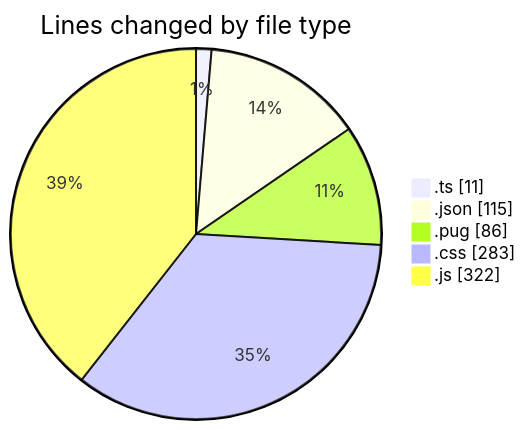
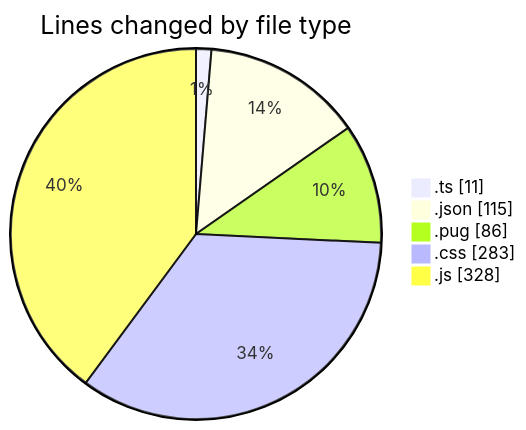
The first of 2 diagrams in 2025-02-24/cda/README.md (momahboobian/code-tracking), drawn with Mermaid before and after one commit. The commit also changed other lines of this file and 1 other file, not shown here.

````diff
--- a/2025-02-24/cda/README.md
+++ b/2025-02-24/cda/README.md
@@ -31,9 +31,9 @@
 ```mermaid
 pie showData
 title Lines changed by file type
 ".ts" : 11
 ".json" : 115
 ".pug" : 86
 ".css" : 283
-".js" : 322
+".js" : 328
 ```
````
